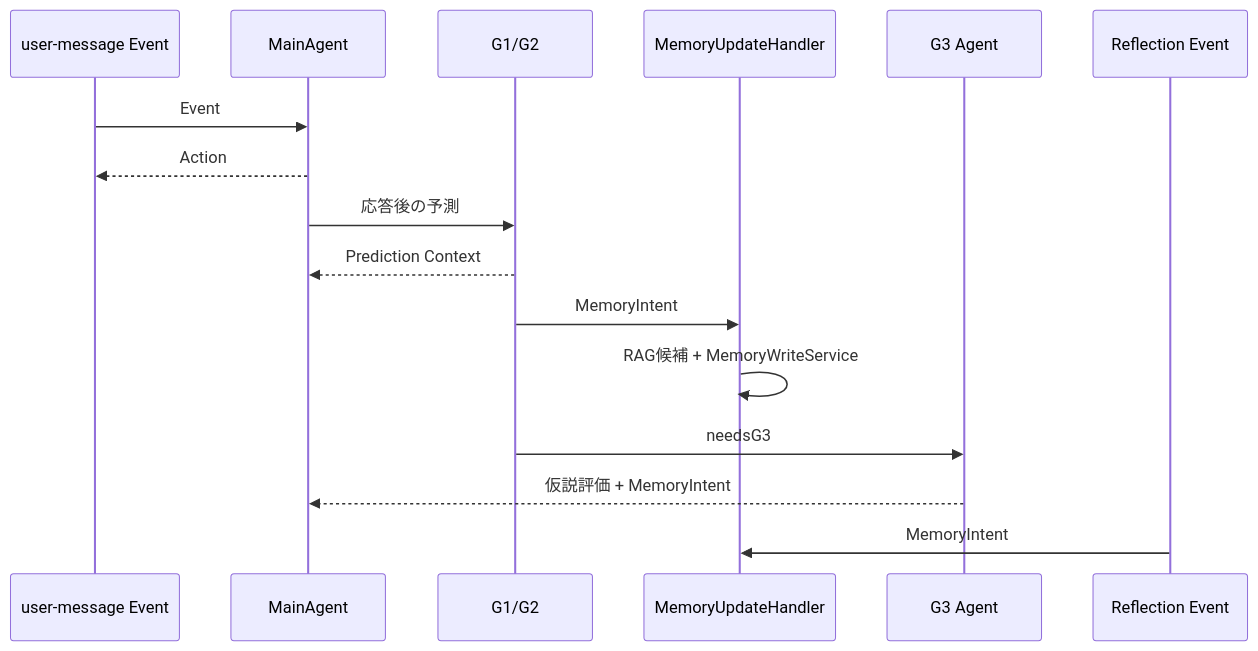
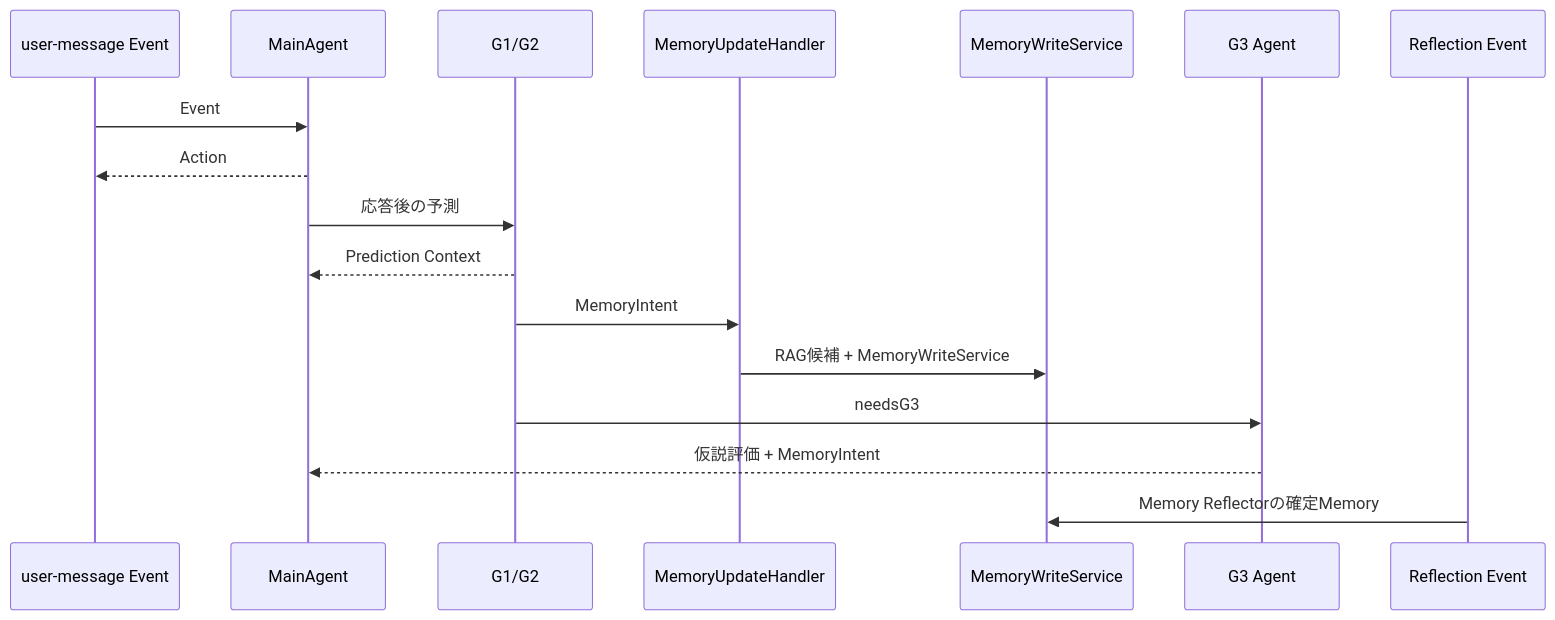
The fourth of 8 diagrams in docs/AGENT_MOTIVATION_MODEL.md (if001/social_agent), drawn with Mermaid before and after one commit. The commit also changed other lines of this file, not shown here.

````diff
--- a/docs/AGENT_MOTIVATION_MODEL.md
+++ b/docs/AGENT_MOTIVATION_MODEL.md
@@ -185,19 +202,20 @@
 ```mermaid
 sequenceDiagram
     participant U as user-message Event
     participant C as MainAgent
     participant P as G1/G2
     participant MU as MemoryUpdateHandler
+    participant MW as MemoryWriteService
     participant G3 as G3 Agent
     participant R as Reflection Event
 
     U->>C: Event
     C-->>U: Action
     C->>P: 応答後の予測
     P-->>C: Prediction Context
     P->>MU: MemoryIntent
-    MU->>MU: RAG候補 + MemoryWriteService
+    MU->>MW: RAG候補 + MemoryWriteService
     P->>G3: needsG3
     G3-->>C: 仮説評価 + MemoryIntent
-    R->>MU: MemoryIntent
+    R->>MW: Memory Reflectorの確定Memory
 ```
````
